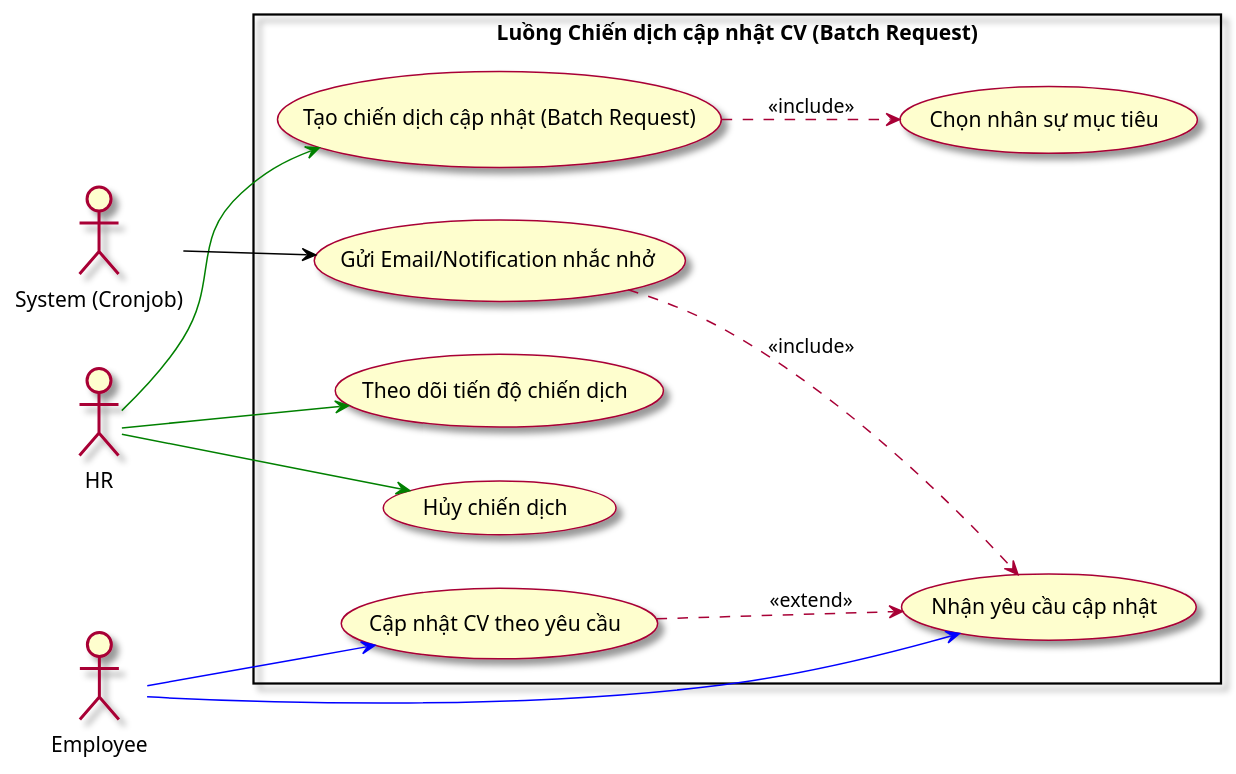
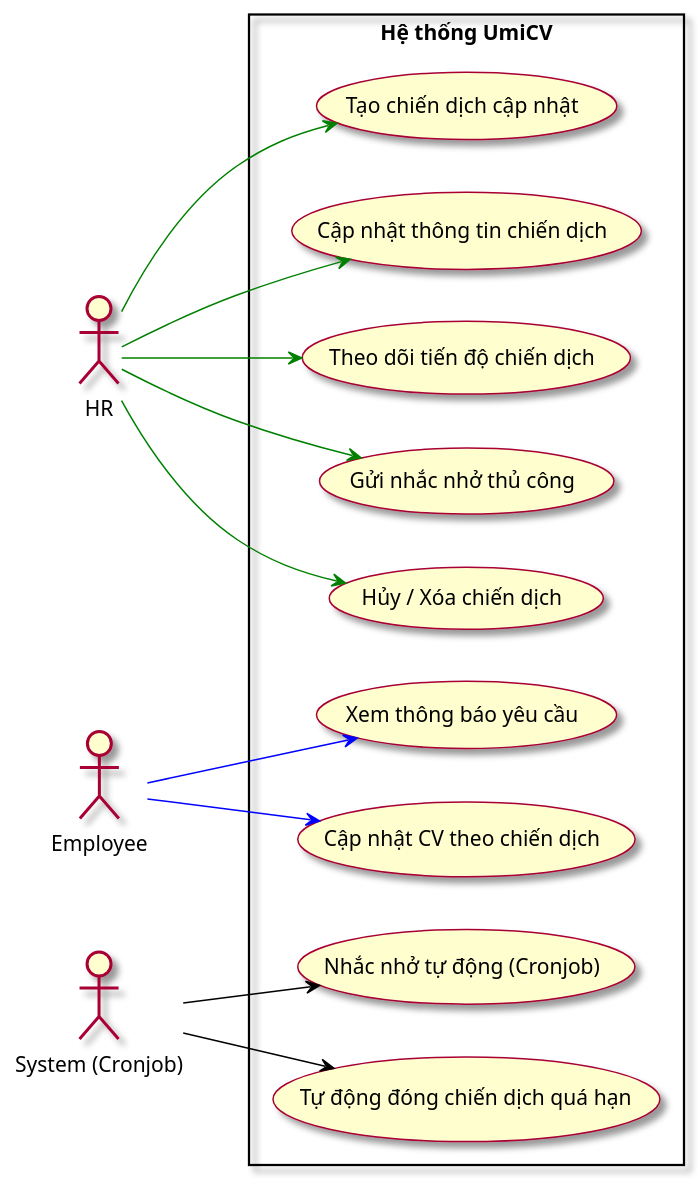
Before and after one commit to Kyyaaaa/UmiCV: the diagram in docs/usecase_batch_request.puml, drawn with PlantUML. The commit also changed 11 other files, not shown here.

First line of the commit message:
Update diagrams: swimlanes and usecases

```diff
--- a/docs/usecase_batch_request.puml
+++ b/docs/usecase_batch_request.puml
@@ -1,34 +1,34 @@
 @startuml
 left to right direction
 skin rose
 
 actor "HR" as HR
 actor "Employee" as Employee
 actor "System (Cronjob)" as System
 
-rectangle "Luồng Chiến dịch cập nhật CV (Batch Request)" {
-  usecase "Tạo chiến dịch cập nhật (Batch Request)" as UC_CreateBatch
-  usecase "Chọn nhân sự mục tiêu" as UC_SelectTargets
+rectangle "Hệ thống UmiCV" {
+  usecase "Tạo chiến dịch cập nhật" as UC_CreateBatch
+  usecase "Cập nhật thông tin chiến dịch" as UC_UpdateBatch
   usecase "Theo dõi tiến độ chiến dịch" as UC_TrackBatch
-  usecase "Hủy chiến dịch" as UC_CancelBatch
+  usecase "Gửi nhắc nhở thủ công" as UC_ManualRemind
+  usecase "Hủy / Xóa chiến dịch" as UC_CancelDeleteBatch
   
-  usecase "Nhận yêu cầu cập nhật" as UC_ReceiveReq
-  usecase "Cập nhật CV theo yêu cầu" as UC_UpdateCV
+  usecase "Xem thông báo yêu cầu" as UC_ReceiveReq
+  usecase "Cập nhật CV theo chiến dịch" as UC_UpdateCV
   
-  usecase "Gửi Email/Notification nhắc nhở" as UC_SendReminders
+  usecase "Nhắc nhở tự động (Cronjob)" as UC_SendReminders
+  usecase "Tự động đóng chiến dịch quá hạn" as UC_AutoCloseBatch
 
   HR --> UC_CreateBatch #green
+  HR --> UC_UpdateBatch #green
   HR --> UC_TrackBatch #green
-  HR --> UC_CancelBatch #green
-
-  UC_CreateBatch ..> UC_SelectTargets : "<< include >>"
+  HR --> UC_ManualRemind #green
+  HR --> UC_CancelDeleteBatch #green
 
   Employee --> UC_ReceiveReq #blue
   Employee --> UC_UpdateCV #blue
 
-  UC_UpdateCV ..> UC_ReceiveReq : "<< extend >>"
-
   System --> UC_SendReminders #black
-  UC_SendReminders ..> UC_ReceiveReq : "<< include >>"
+  System --> UC_AutoCloseBatch #black
 }
 @enduml
```
